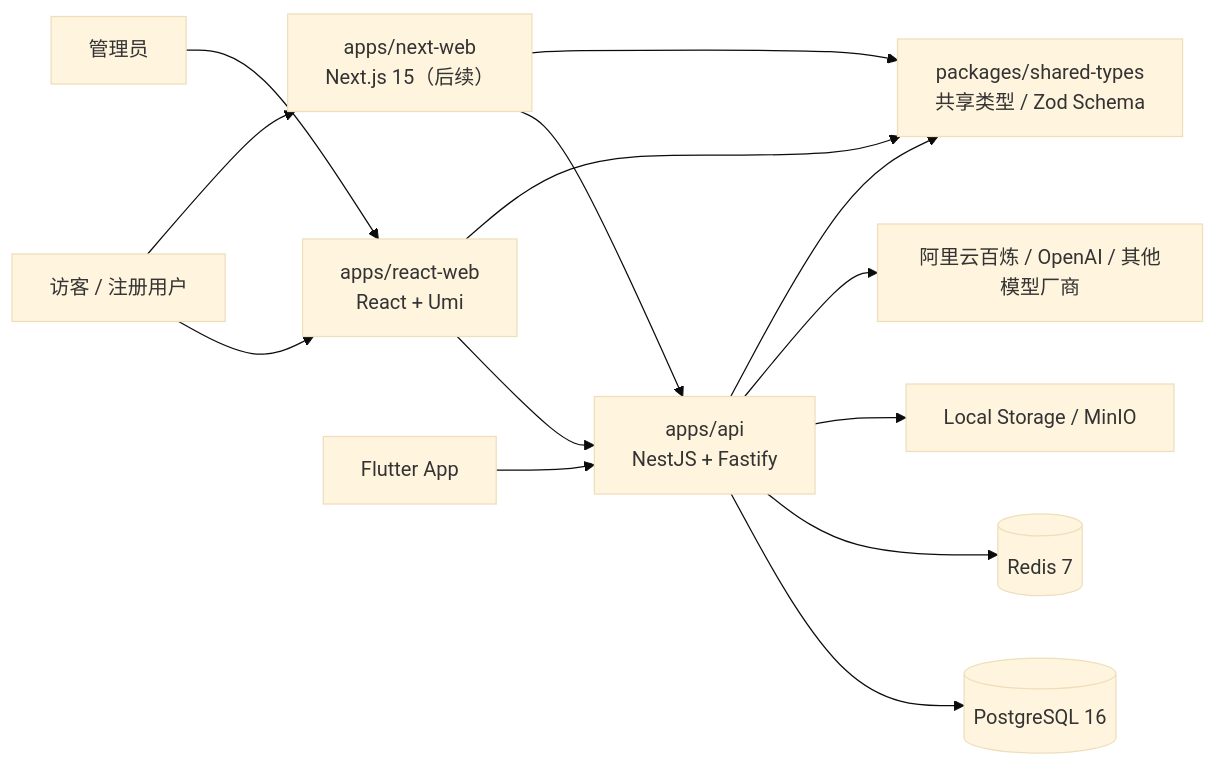
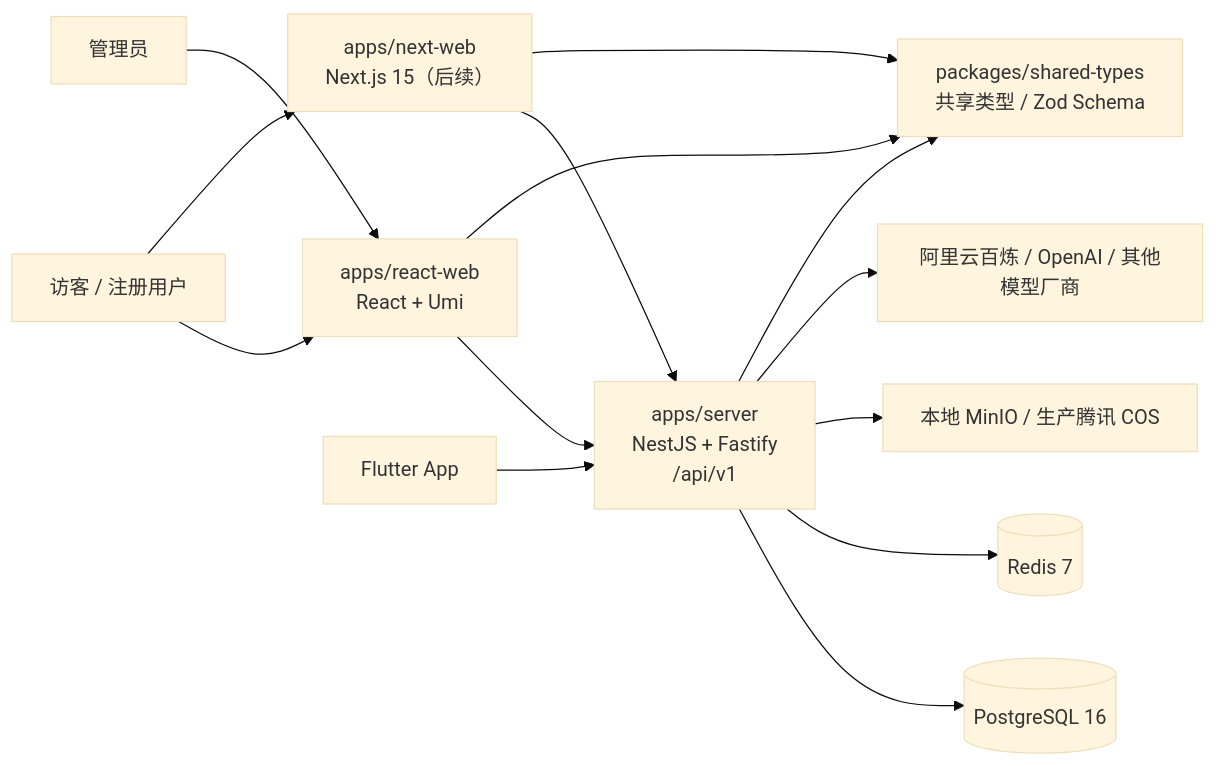
The first of 10 diagrams in docs/foundation/architecture.md (orangejava/personal-hub), drawn with Mermaid (base theme) before and after one commit. The commit also changed other lines of this file and 47 other files, not shown here.

````diff
--- a/docs/foundation/architecture.md
+++ b/docs/foundation/architecture.md
@@ -24,16 +25,16 @@
 ```mermaid
 flowchart LR
     Visitor["访客 / 注册用户"] --> ReactWeb["apps/react-web<br/>React + Umi"]
     Admin["管理员"] --> ReactWeb
     Visitor --> NextWeb["apps/next-web<br/>Next.js 15（后续）"]
-    Mobile["Flutter App"] --> Api["apps/api<br/>NestJS + Fastify"]
+    Mobile["Flutter App"] --> Api["apps/server<br/>NestJS + Fastify<br/>/api/v1"]
     ReactWeb --> Api
     NextWeb --> Api
     Api --> Db[("PostgreSQL 16")]
     Api --> Redis[("Redis 7")]
-    Api --> Storage["Local Storage / MinIO"]
+    Api --> Storage["本地 MinIO / 生产腾讯 COS"]
     Api --> AI["阿里云百炼 / OpenAI / 其他模型厂商"]
     ReactWeb --> Shared["packages/shared-types<br/>共享类型 / Zod Schema"]
     NextWeb --> Shared
     Api --> Shared
 ```
````
